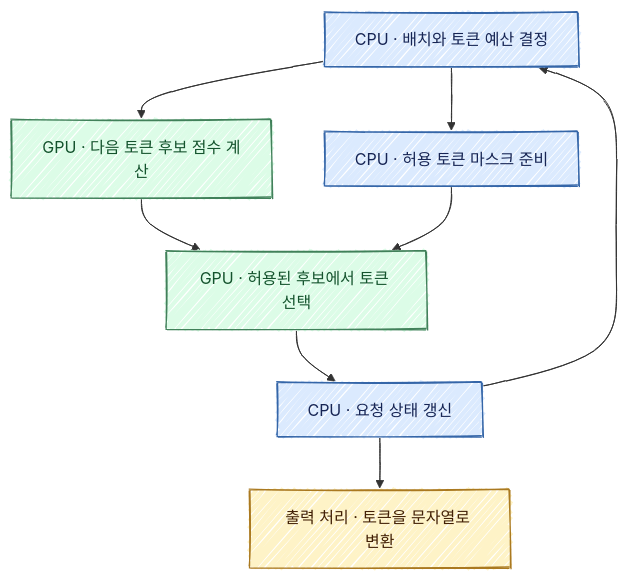
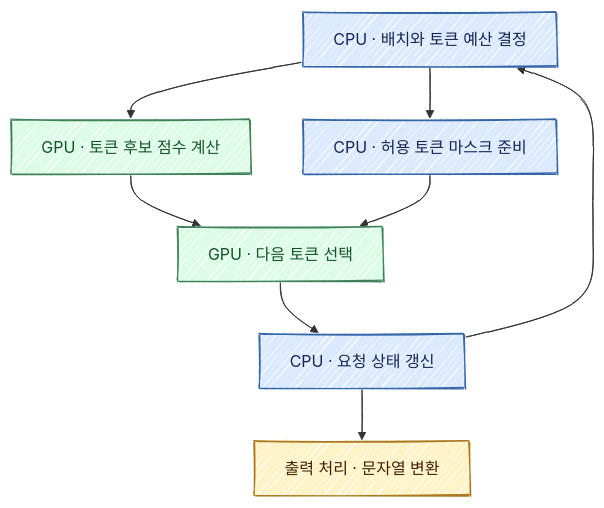
One commit to jon890/fos-study changed the diagram in mlops/llm-serving/vllm-cpu-bound-scheduler.md. Above: the diagram before and after it, drawn with Mermaid. The commit also changed 15 other files, not shown here.

````diff
--- a/mlops/llm-serving/vllm-cpu-bound-scheduler.md
+++ b/mlops/llm-serving/vllm-cpu-bound-scheduler.md
@@ -17,19 +17,19 @@
 ```mermaid
 ---
 config:
   look: handDrawn
 ---
 flowchart TD
     S["CPU · 배치와 토큰 예산 결정"]:::cpu
-    G["GPU · 다음 토큰 후보 점수 계산"]:::gpu
+    G["GPU · 토큰 후보 점수 계산"]:::gpu
     M["CPU · 허용 토큰 마스크 준비"]:::cpu
-    T["GPU · 허용된 후보에서 토큰 선택"]:::gpu
+    T["GPU · 다음 토큰 선택"]:::gpu
     U["CPU · 요청 상태 갱신"]:::cpu
-    O["출력 처리 · 토큰을 문자열로 변환"]:::out
+    O["출력 처리 · 문자열 변환"]:::out
     S --> G --> T --> U --> S
     S --> M --> T
     U --> O
     classDef cpu fill:#dbeafe,stroke:#3566a8,color:#172554
     classDef gpu fill:#dcfce7,stroke:#41815a,color:#14532d
     classDef out fill:#fef3c7,stroke:#aa7920,color:#422006
 ```
````
